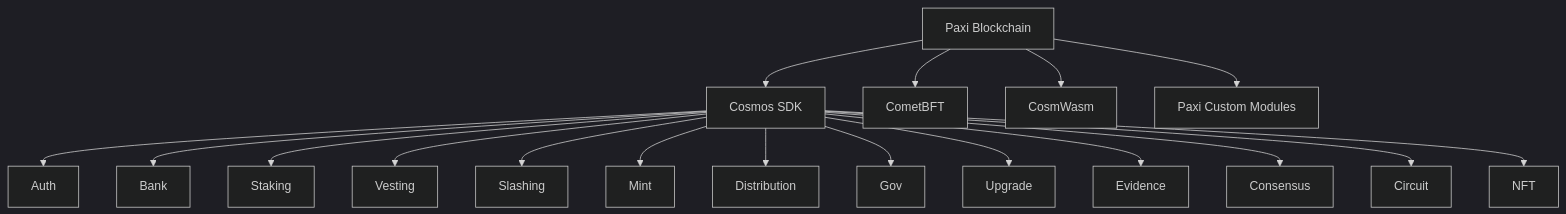
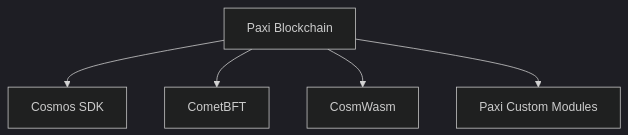
The diagram in README.md (paxi-web3/paxi), drawn with Mermaid (dark theme) before and after one commit.

Commit message:
usual updates

````diff
--- a/README.md
+++ b/README.md
@@ -54,21 +54,7 @@
 ```mermaid
 graph TD
   A[Paxi Blockchain] --> B[Cosmos SDK]
-  B --> B1[Auth]
-  B --> B2[Bank]
-  B --> B3[Staking]
-  B --> B4[Vesting]
-  B --> B5[Slashing]
-  B --> B6[Mint]
-  B --> B7[Distribution]
-  B --> B8[Gov]
-  B --> B9[Upgrade]
-  B --> B10[Evidence]
-  B --> B11[Consensus]
-  B --> B12[Circuit]
-  B --> B13[NFT]
-
   A --> C[CometBFT]
   A --> D[CosmWasm]
   A --> E[Paxi Custom Modules]
   ```
````
